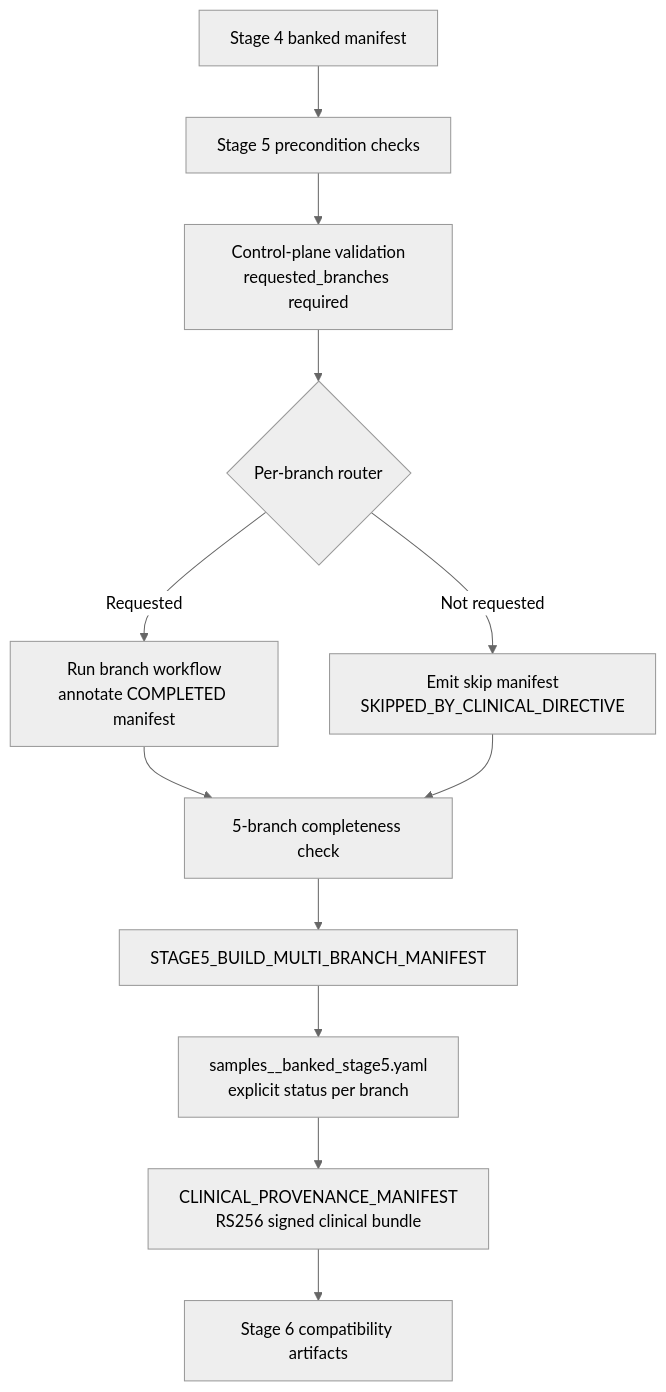
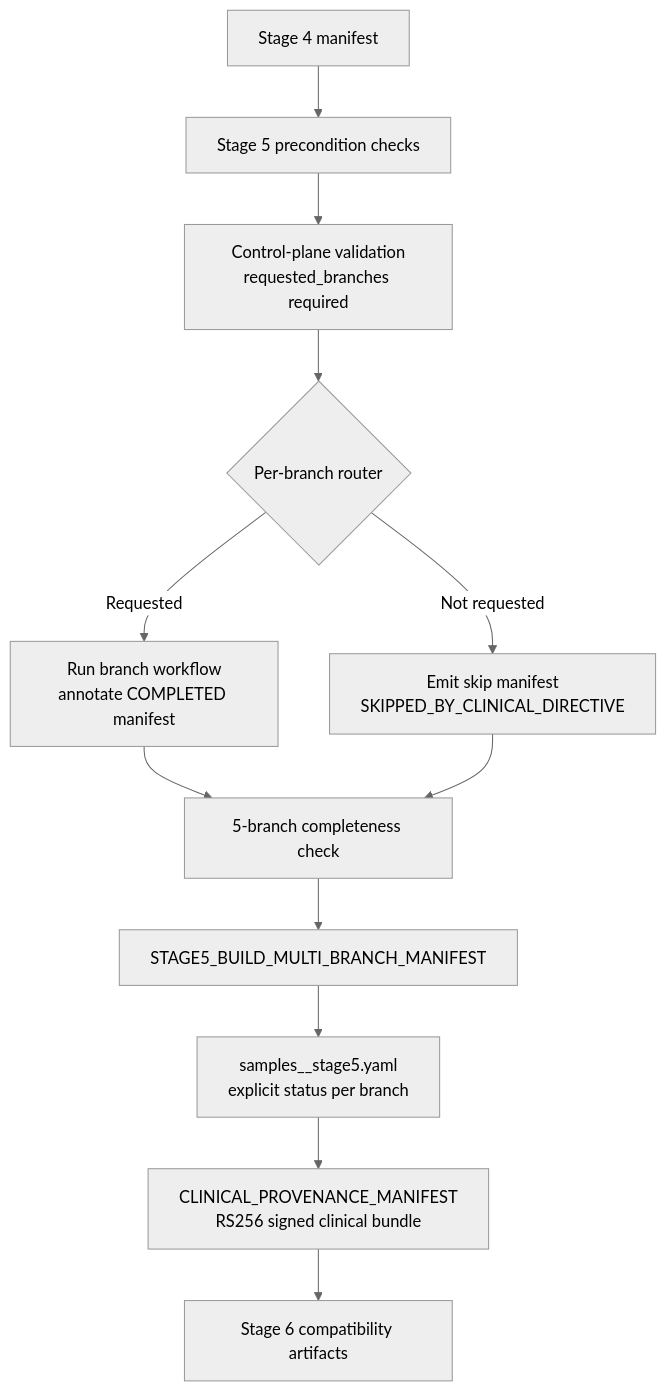
Before and after one commit to jmorganknight/nf_Gen_Var_Pipe: the diagram in Stage_5_Clinical_Annotation_PGx_Triage/README.md, drawn with Mermaid (neutral theme). The commit also changed other lines of this file and 13 other files, not shown here.

````diff
--- a/Stage_5_Clinical_Annotation_PGx_Triage/README.md
+++ b/Stage_5_Clinical_Annotation_PGx_Triage/README.md
@@ -99,14 +99,14 @@
 ```mermaid
 flowchart TD
-    A["Stage 4 banked manifest"] --> B["Stage 5 precondition checks"]
+    A["Stage 4 manifest"] --> B["Stage 5 precondition checks"]
   B --> C["Control-plane validation\nrequested_branches required"]
   C --> D{"Per-branch router"}
   D -->|Requested| E["Run branch workflow\nannotate COMPLETED manifest"]
   D -->|Not requested| F["Emit skip manifest\nSKIPPED_BY_CLINICAL_DIRECTIVE"]
   E --> G["5-branch completeness check"]
   F --> G
   G --> H["STAGE5_BUILD_MULTI_BRANCH_MANIFEST"]
-  H --> I["samples_<sample_id>_banked_stage5.yaml\nexplicit status per branch"]
+  H --> I["samples_<sample_id>_stage5.yaml\nexplicit status per branch"]
   I --> J["CLINICAL_PROVENANCE_MANIFEST\nRS256 signed clinical bundle"]
   J --> K["Stage 6 compatibility artifacts"]
 ```
````
